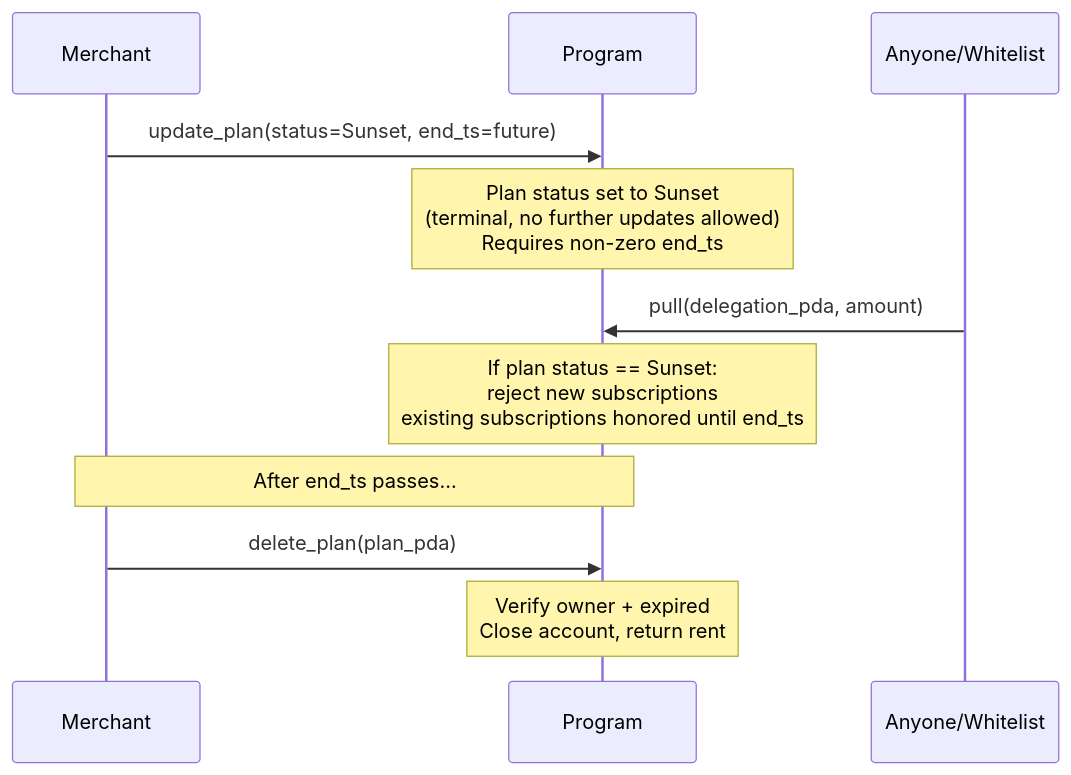
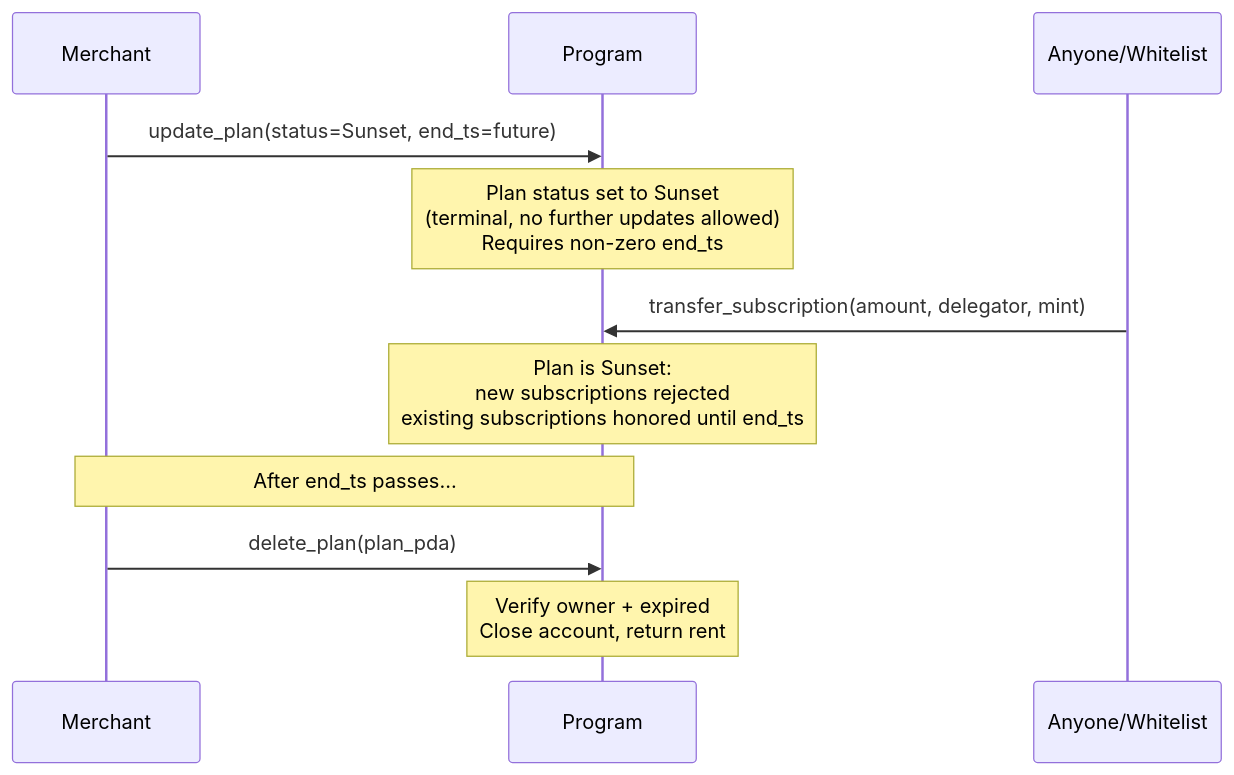
Before and after one commit to solana-program/multi-delegator: the sixth of 6 diagrams in docs/002-subscriptions-architecture.md, drawn with Mermaid. The commit also changed other lines of this file and 8 other files, not shown here.

First line of the commit message:
feat: added the transfer instruction for subscriptions (#74)

````diff
--- a/docs/002-subscriptions-architecture.md
+++ b/docs/002-subscriptions-architecture.md
@@ -460,17 +483,17 @@
 ```mermaid
 sequenceDiagram
     participant M as Merchant
     participant P as Program
     participant X as Anyone/Whitelist
 
     M->>P: update_plan(status=Sunset, end_ts=future)
     Note over P: Plan status set to Sunset<br/>(terminal, no further updates allowed)<br/>Requires non-zero end_ts
 
-    X->>P: pull(delegation_pda, amount)
-    Note over P: If plan status == Sunset:<br/>reject new subscriptions<br/>existing subscriptions honored until end_ts
+    X->>P: transfer_subscription(amount, delegator, mint)
+    Note over P: Plan is Sunset:<br/>new subscriptions rejected<br/>existing subscriptions honored until end_ts
 
     Note over M,P: After end_ts passes...
 
     M->>P: delete_plan(plan_pda)
     Note over P: Verify owner + expired<br/>Close account, return rent
 ```
````
